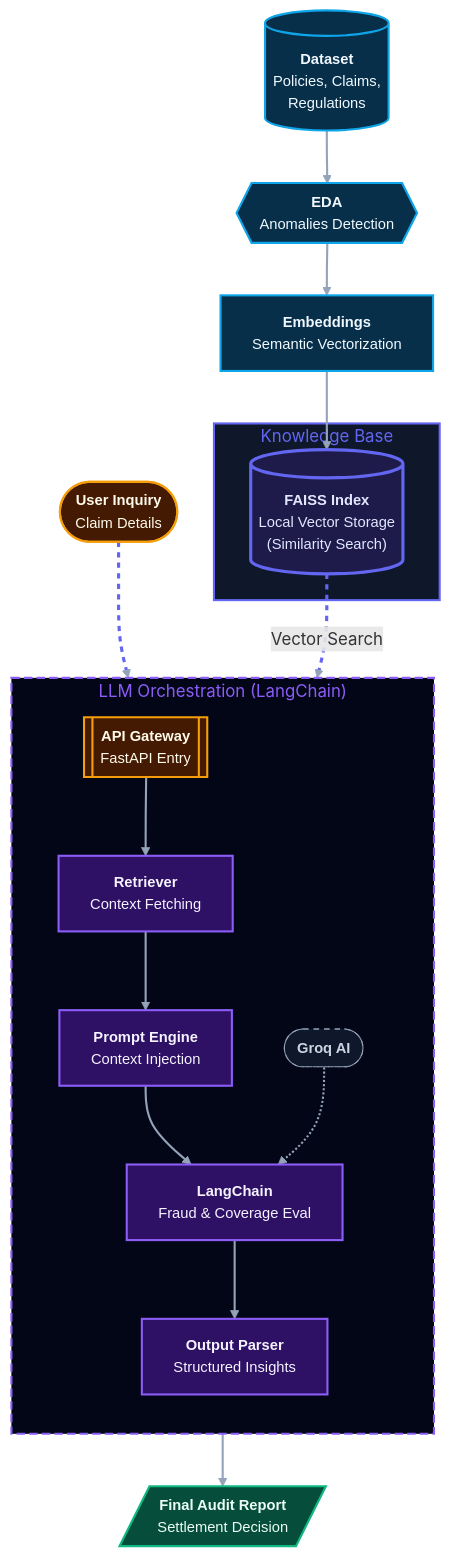
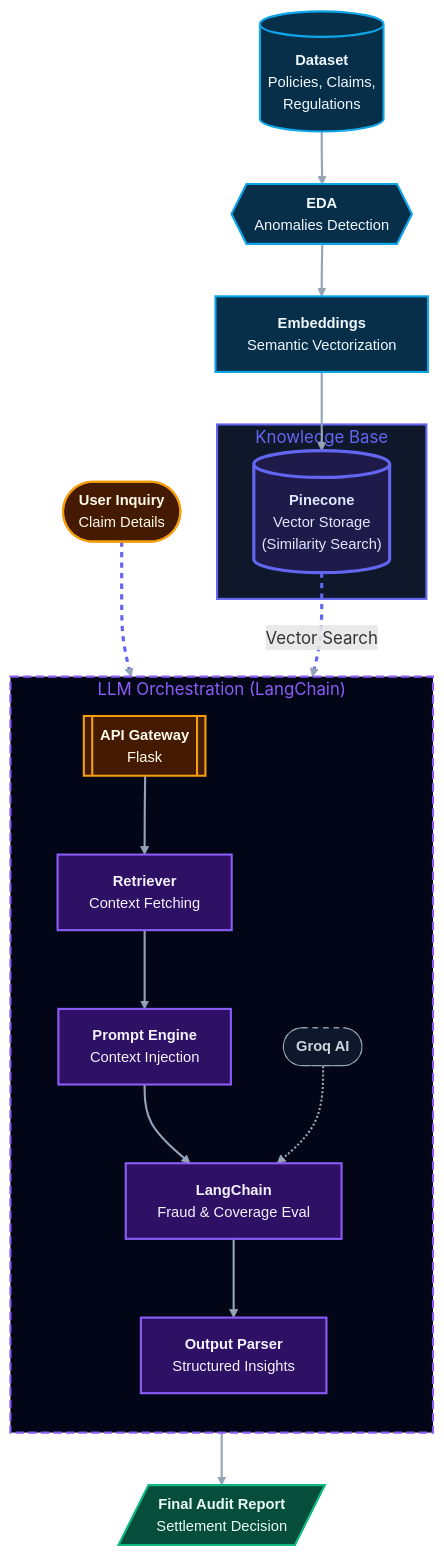
The diagram in README.md (alokprasad573/PolicyOracle), drawn with Mermaid before and after one commit. The commit also changed other lines of this file, not shown here.

````diff
--- a/README.md
+++ b/README.md
@@ -16,64 +16,64 @@
 ```mermaid
 graph TD
 %% Global Settings
-accTitle: AI Insurance Claims Flow Chart with FAISS
-accDescr: Updated flow chart utilizing FAISS as the local vector database for RAG.
+accTitle: AI Insurance Claims Flow Chart with Pinecone
+accDescr: Updated flow chart utilizing Pinecone as a vector database for RAG.
 
 %% Data Processing & Storage Branch
 Dataset[("<b>Dataset</b><br/>Policies, Claims,<br/>Regulations")] --> EDA
 EDA{{"<b>EDA</b><br/>Anomalies Detection"}} --> Embeddings
-Embeddings["<b>Embeddings</b><br/>Semantic Vectorization"] --> FAISS
+Embeddings["<b>Embeddings</b><br/>Semantic Vectorization"] --> Pinecone
 
 subgraph Storage ["Knowledge Base"]
-    FAISS[("<b>FAISS Index</b><br/>Local Vector Storage<br/>(Similarity Search)")]
+    Pinecone[("<b>Pinecone</b><br/>Vector Storage<br/>(Similarity Search)")]
 end
 
 %% User Input Branch
 User_Query(["<b>User Inquiry</b><br/>Claim Details"]) --> API
-API[["<b>API Gateway</b><br/>FastAPI Entry"]]
+API[["<b>API Gateway</b><br/>Flask"]]
 
 %% Main Logic Container
 subgraph Processing_Logic ["LLM Orchestration (LangChain)"]
     direction TB
     
     API --> Retriever
-    FAISS -.->|Vector Search| Retriever
+    Pinecone -.->|Vector Search| Retriever
     
     Retriever["<b>Retriever</b><br/>Context Fetching"] --> Prompt_Template
     Prompt_Template["<b>Prompt Engine</b><br/>Context Injection"] --> LLM_Chain
     
     LLM_Provider(["<b>Groq AI</b>"]) -.-> LLM_Chain
     LLM_Chain["<b>LangChain</b><br/>Fraud & Coverage Eval"] --> Output_Parsing
     Output_Parsing["<b>Output Parser</b><br/>Structured Insights"]
 end
 
 %% Final Output
 Output_Parsing --> Final_Report[/<b>Final Audit Report</b><br/>Settlement Decision/]
 
 %% Styling and Aesthetics for High Visibility
 classDef default font-family:Arial,font-size:14px,stroke-width:2px;
 
 %% Specific Colors
 classDef data fill:#082f49,stroke:#0ea5e9,stroke-width:2px,color:#f0f9ff;
 classDef vdb fill:#1e1b4b,stroke:#6366f1,stroke-width:3px,color:#e0e7ff;
 classDef input fill:#451a03,stroke:#f59e0b,stroke-width:2px,color:#fffbeb;
 classDef logic fill:#2e1065,stroke:#8b5cf6,stroke-width:2px,color:#f5f3ff;
 classDef external fill:#0f172a,stroke:#94a3b8,stroke-width:1px,stroke-dasharray: 5 5,color:#cbd5e1;
 classDef output fill:#064e3b,stroke:#10b981,stroke-width:2px,color:#ecfdf5;
 
 %% Apply Classes
 class Dataset,EDA,Embeddings data;
-class FAISS vdb;
+class Pinecone vdb;
 class User_Query,API input;
 class Prompt_Template,LLM_Chain,Output_Parsing,Retriever logic;
 class LLM_Provider external;
 class Final_Report output;
 
 %% Subgraph and Global Arrow Styling
 style Processing_Logic fill:#020617,stroke:#8b5cf6,stroke-width:2px,stroke-dasharray: 8 4,color:#8b5cf6;
 style Storage fill:#0f172a,stroke:#6366f1,stroke-width:2px,color:#6366f1;
 
 %% Optimized arrow visibility
 linkStyle default stroke:#94a3b8,stroke-width:2px;
 linkStyle 3,5 stroke:#6366f1,stroke-width:3px,stroke-dasharray: 5 5;
 ```
````
